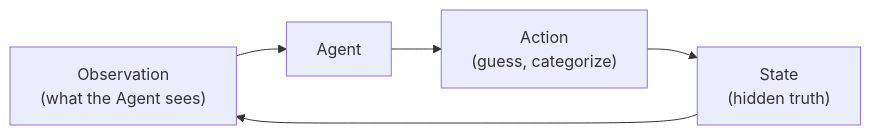
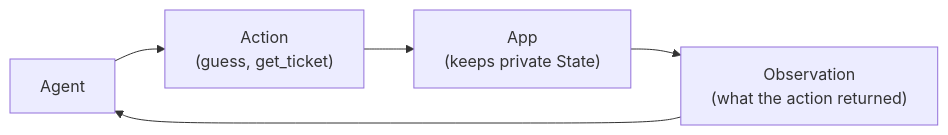
The diagram in docs/project/environments.md (lastlabs-ai/plural), drawn with Mermaid before and after one commit. The commit also changed other lines of this file and 35 other files, not shown here.

````diff
--- a/docs/project/environments.md
+++ b/docs/project/environments.md
@@ -41,11 +44,11 @@
 ```mermaid
 flowchart LR
-  obs["Observation<br/>(what the Agent sees)"]
   agent[Agent]
-  act["Action<br/>(guess, categorize)"]
-  state["State<br/>(hidden truth)"]
+  act["Action<br/>(guess, get_ticket)"]
+  app["App<br/>(keeps private State)"]
+  obs["Observation<br/>(what the action returned)"]
+  agent --> act
+  act --> app
+  app --> obs
   obs --> agent
-  agent --> act
-  act --> state
-  state --> obs
 ```
````
